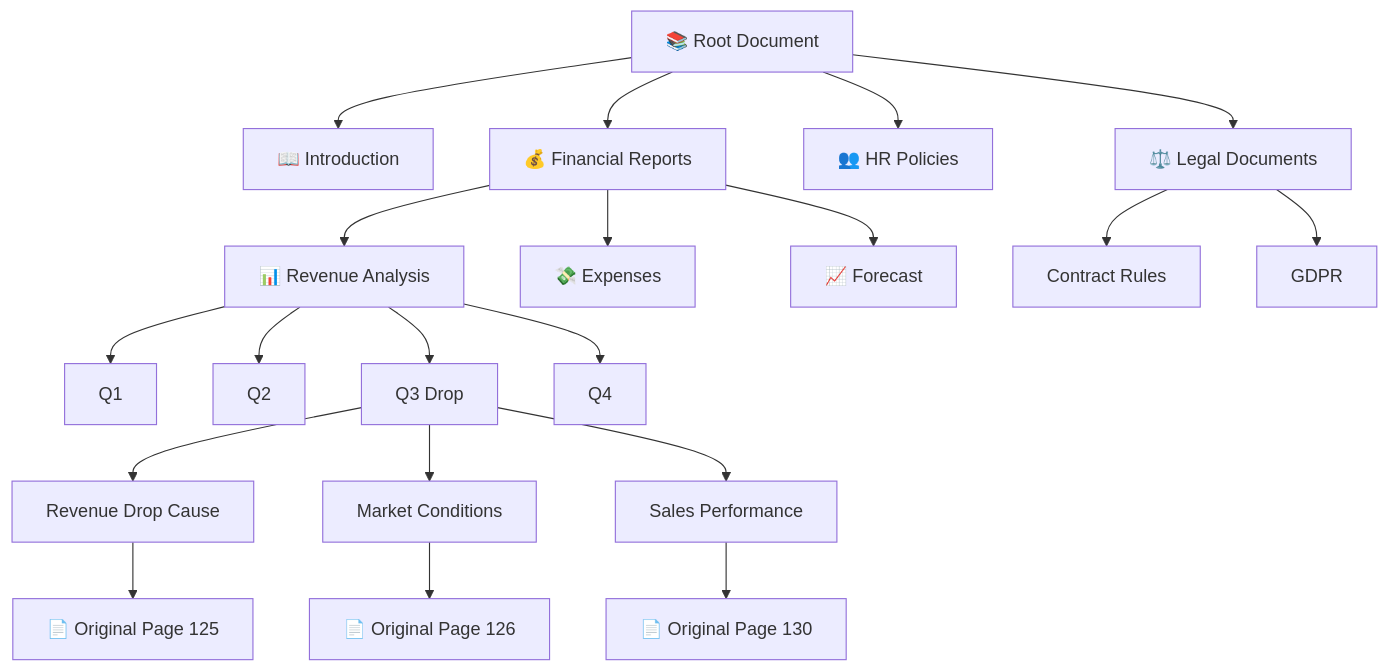
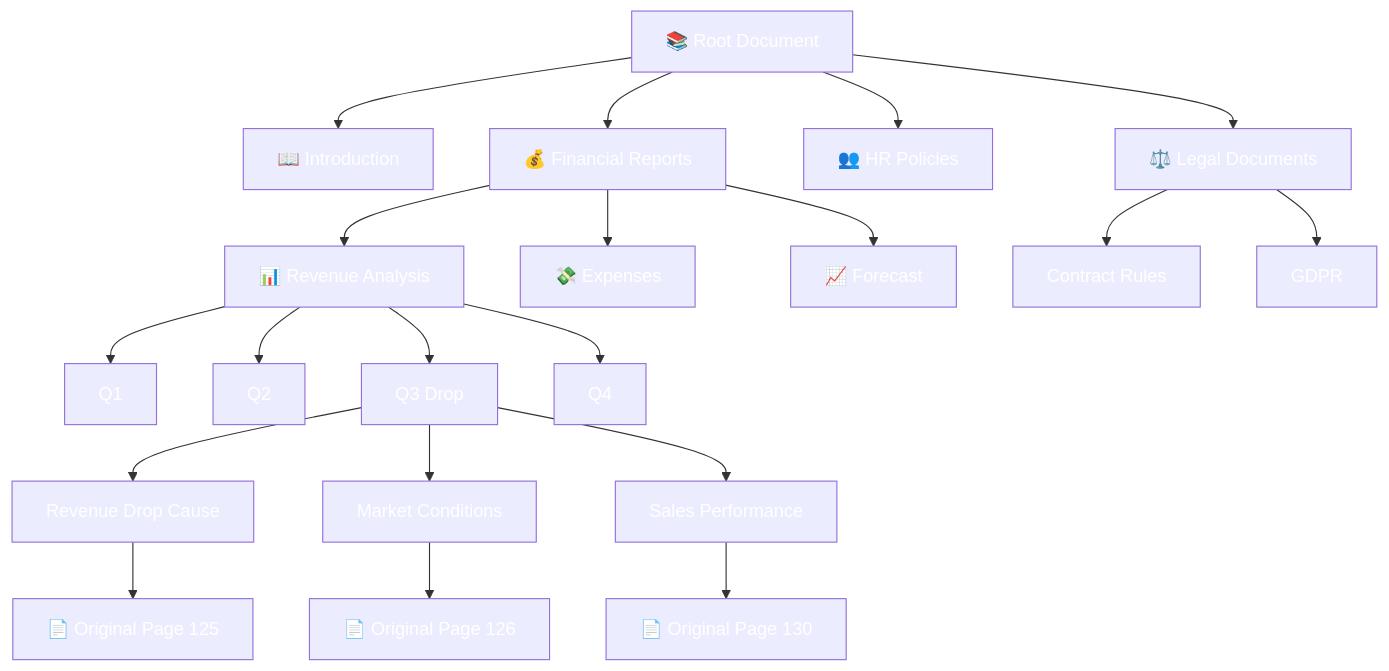
Before and after one commit to piyalidas10/AI: the diagram in Tutorials/Vectorless_RAG/Vectorless RAG (Tree-Based Retrieval Diagram).md, drawn with Mermaid.

Commit message:
Update Vectorless RAG (Tree-Based Retrieval Diagram).md

````diff
--- a/Tutorials/Vectorless_RAG/Vectorless RAG (Tree-Based Retrieval Diagram).md
+++ b/Tutorials/Vectorless_RAG/Vectorless RAG (Tree-Based Retrieval Diagram).md
@@ -120,30 +120,35 @@
 ```mermaid
 graph TD
+
+classDef root fill:#0d6efd,color:#fff,stroke:#0d6efd
+classDef section fill:#20c997,color:#fff
+classDef topic fill:#ffc107,color:#000
+classDef page fill:#f8f9fa,color:#000
 
 Root["📚 Root Document"]
 
 Root --> Intro["📖 Introduction"]
 Root --> Finance["💰 Financial Reports"]
 Root --> HR["👥 HR Policies"]
 Root --> Legal["⚖️ Legal Documents"]
 
 Finance --> Revenue["📊 Revenue Analysis"]
 Finance --> Expenses["💸 Expenses"]
 Finance --> Forecast["📈 Forecast"]
 
 Revenue --> Q1["Q1"]
 Revenue --> Q2["Q2"]
 Revenue --> Q3["Q3 Drop"]
 Revenue --> Q4["Q4"]
 
 Legal --> Contract["Contract Rules"]
 Legal --> GDPR["GDPR"]
 
 Q3 --> Cause["Revenue Drop Cause"]
 Q3 --> Market["Market Conditions"]
 Q3 --> Sales["Sales Performance"]
 
 Cause --> Page125["📄 Original Page 125"]
 Market --> Page126["📄 Original Page 126"]
 Sales --> Page130["📄 Original Page 130"]
 ```
````
